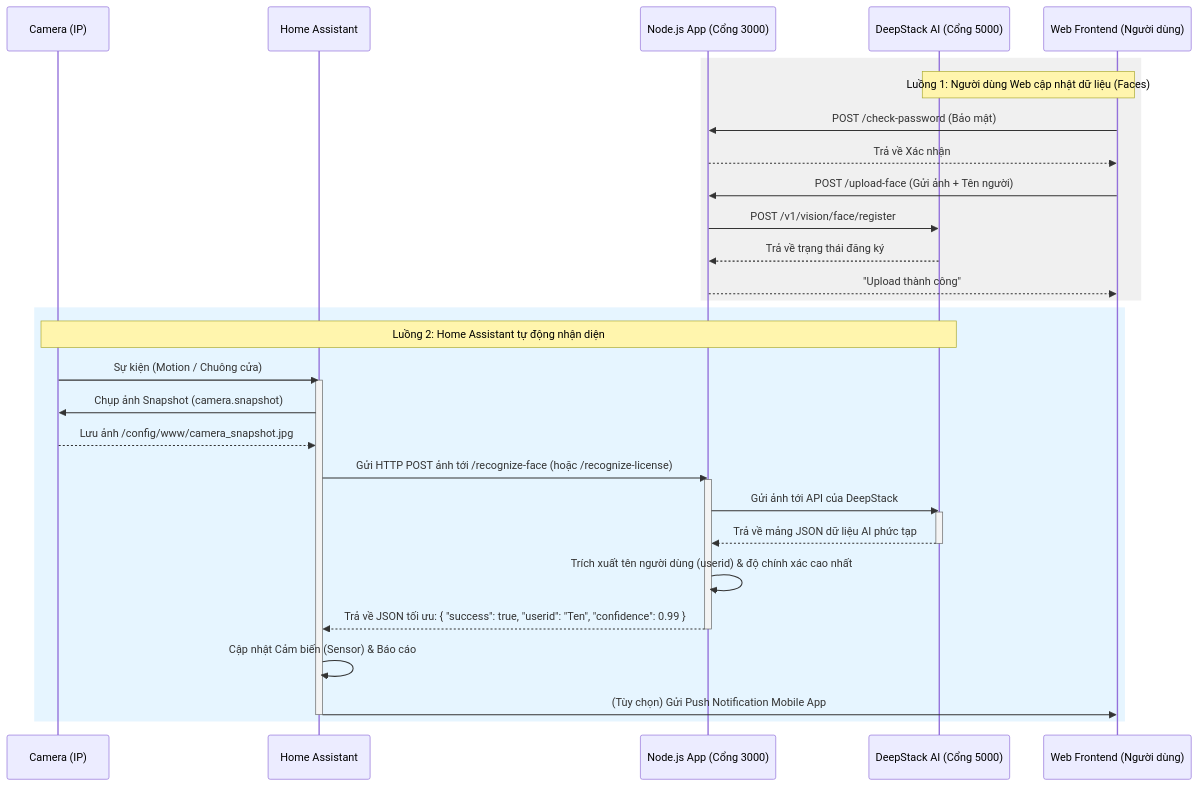
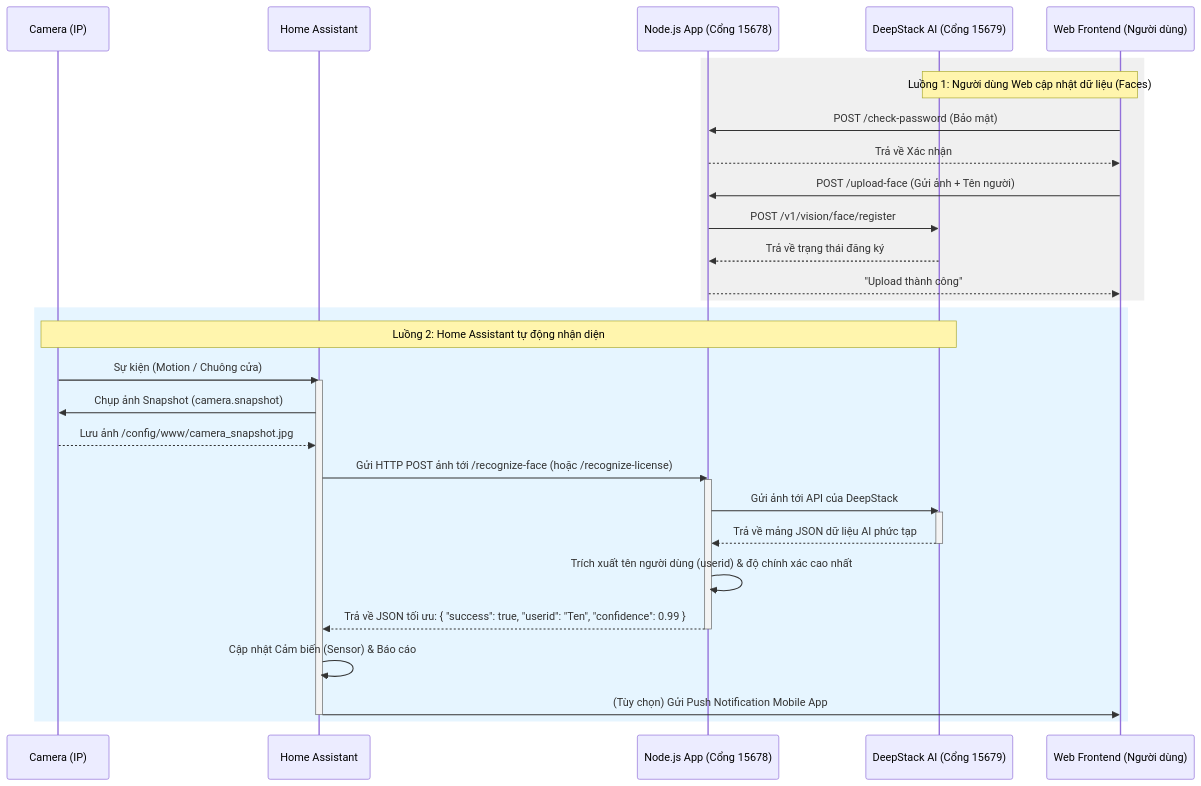
One commit to huykent/deepstack-app changed the diagram in FULL_GUIDE.md. Above: the diagram before and after it, drawn with Mermaid. The commit also changed other lines of this file and 6 other files, not shown here.

````diff
--- a/FULL_GUIDE.md
+++ b/FULL_GUIDE.md
@@ -9,43 +9,43 @@
 ```mermaid
 sequenceDiagram
     participant Cam as Camera (IP)
     participant HA as Home Assistant
-    participant Node as Node.js App (Cổng 3000)
-    participant DS as DeepStack AI (Cổng 5000)
+    participant Node as Node.js App (Cổng 15678)
+    participant DS as DeepStack AI (Cổng 15679)
     participant Web as Web Frontend (Người dùng)
 
     %% Luồng xem website và cập nhật khuôn mặt
     rect rgb(240, 240, 240)
     Note over Web, DS: Luồng 1: Người dùng Web cập nhật dữ liệu (Faces)
     Web->>Node: POST /check-password (Bảo mật)
     Node-->>Web: Trả về Xác nhận
     Web->>Node: POST /upload-face (Gửi ảnh + Tên người)
     Node->>DS: POST /v1/vision/face/register
     DS-->>Node: Trả về trạng thái đăng ký
     Node-->>Web: "Upload thành công"
     end
 
     %% Luồng nhận diện tự động từ Home Assistant
     rect rgb(230, 245, 255)
     Note over Cam, DS: Luồng 2: Home Assistant tự động nhận diện
     Cam->>HA: Sự kiện (Motion / Chuông cửa)
     activate HA
     HA->>Cam: Chụp ảnh Snapshot (camera.snapshot)
     Cam-->>HA: Lưu ảnh /config/www/camera_snapshot.jpg
     
     HA->>Node: Gửi HTTP POST ảnh tới /recognize-face (hoặc /recognize-license)
     activate Node
     Node->>DS: Gửi ảnh tới API của DeepStack
     activate DS
     DS-->>Node: Trả về mảng JSON dữ liệu AI phức tạp
     deactivate DS
     
     Node->>Node: Trích xuất tên người dùng (userid) & độ chính xác cao nhất
     Node-->>HA: Trả về JSON tối ưu: { "success": true, "userid": "Ten", "confidence": 0.99 }
     deactivate Node
     
     HA->>HA: Cập nhật Cảm biến (Sensor) & Báo cáo
     HA->>Web: (Tùy chọn) Gửi Push Notification Mobile App
     deactivate HA
     end
 ```
````
